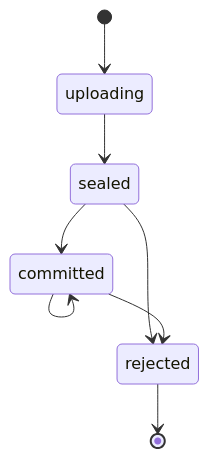
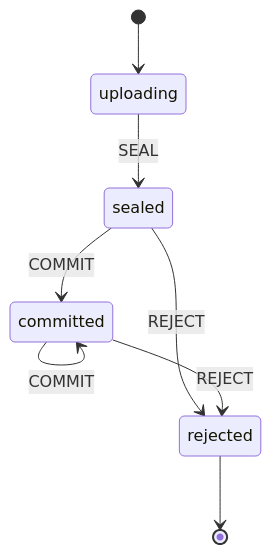
The fourth of 51 diagrams in docs/contributing/state-machines.md (kody-hq/kody), drawn with Mermaid before and after one commit. The commit also changed other lines of this file and 129 other files, not shown here.

````diff
--- a/docs/contributing/state-machines.md
+++ b/docs/contributing/state-machines.md
@@ -116,10 +136,10 @@
 ```mermaid
 stateDiagram-v2
     [*] --> uploading
-    uploading --> sealed
-    sealed --> committed
-    sealed --> rejected
-    committed --> committed
-    committed --> rejected
+    uploading --> sealed: SEAL
+    sealed --> committed: COMMIT
+    sealed --> rejected: REJECT
+    committed --> committed: COMMIT
+    committed --> rejected: REJECT
     rejected --> [*]
 ```
````
